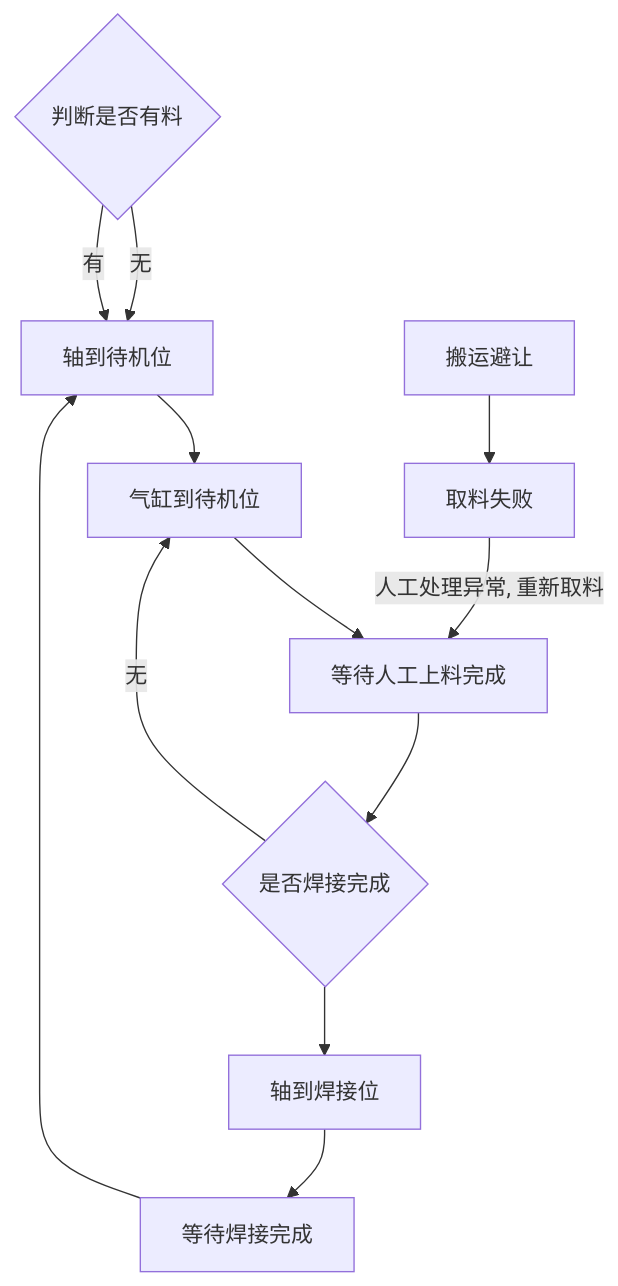
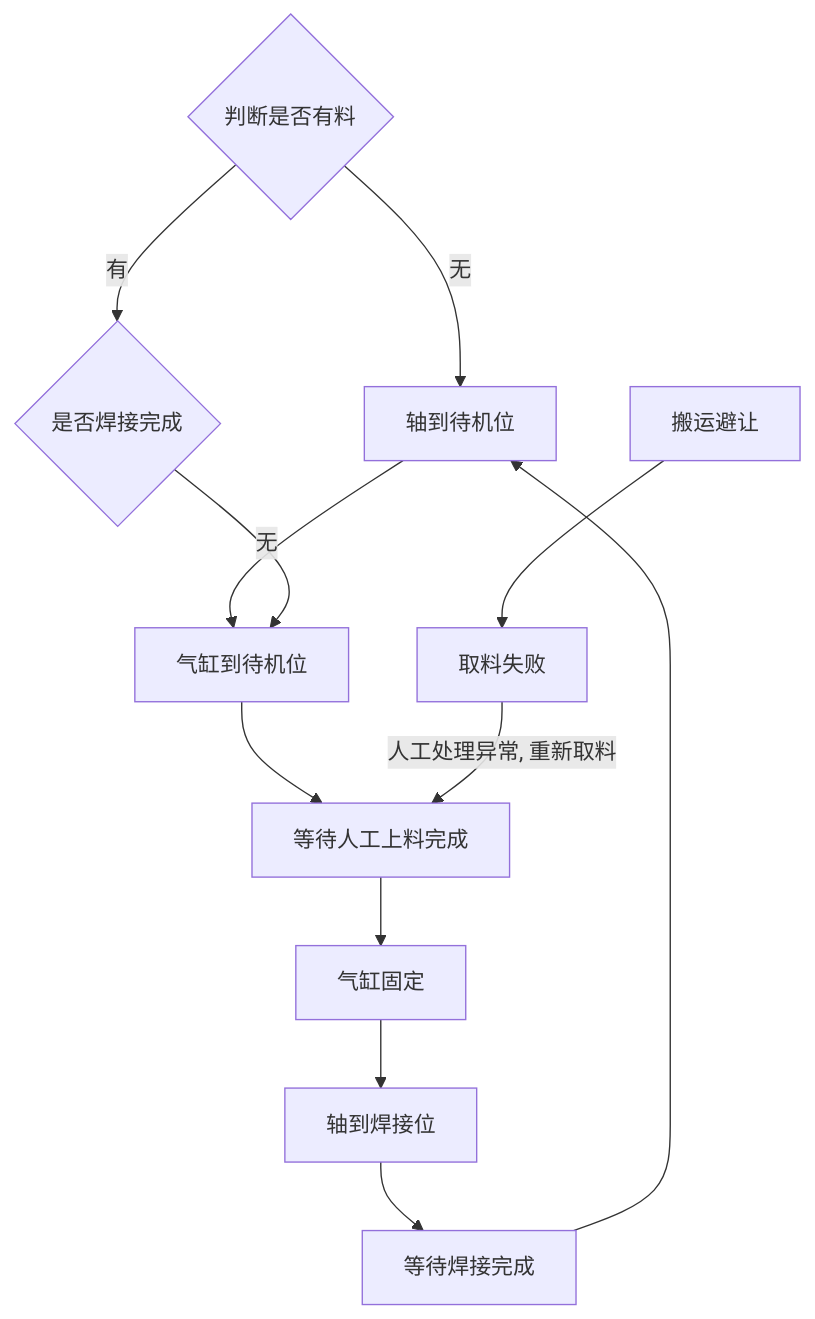
One commit to PengKun1/iodraw-files changed the diagram in all/OP10 上料工位自动流程.md. Above: the diagram before and after it, drawn with Mermaid.

Commit message:
2024-08-02 11:01:12 update

````diff
--- a/all/OP10 上料工位自动流程.md
+++ b/all/OP10 上料工位自动流程.md
@@ -1,19 +1,19 @@
 ```mermaid
 graph TD
 10{判断是否有料}-->|无|20
-10-->|有|20
+10-->|有|100
 20[轴到待机位]-->30
 30[气缸到待机位]-->40
 40[等待人工上料完成]-->50
 50[气缸固定]-->60
 60[轴到焊接位]-->70
 70[等待焊接完成]-->20
 
-50{是否焊接完成}-->|无|30
+100{是否焊接完成}-->|无|30
 
 
 
 90[搬运避让]-->900
 
 900[取料失败]-->|人工处理异常, 重新取料|40
 ```
````
